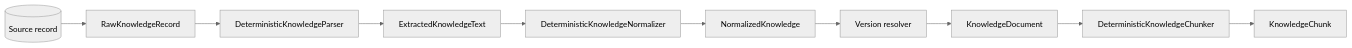
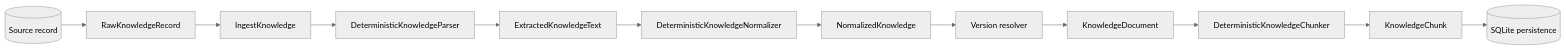
Before and after one commit to kumarchandansingh/tropos: the diagram in docs/architecture/INGESTION_NORMALIZATION.md, drawn with Mermaid (neutral theme). The commit also changed other lines of this file and 9 other files, not shown here.

````diff
--- a/docs/architecture/INGESTION_NORMALIZATION.md
+++ b/docs/architecture/INGESTION_NORMALIZATION.md
@@ -7,13 +7,15 @@
 ```mermaid
 flowchart LR
     S[(Source record)]
     --> R[RawKnowledgeRecord]
+    --> O[IngestKnowledge]
     --> P[DeterministicKnowledgeParser]
     --> E[ExtractedKnowledgeText]
     --> N[DeterministicKnowledgeNormalizer]
     --> C[NormalizedKnowledge]
     --> V[Version resolver]
     --> D[KnowledgeDocument]
     --> H[DeterministicKnowledgeChunker]
     --> K[KnowledgeChunk]
+    --> DB[(SQLite persistence)]
 ```
````
